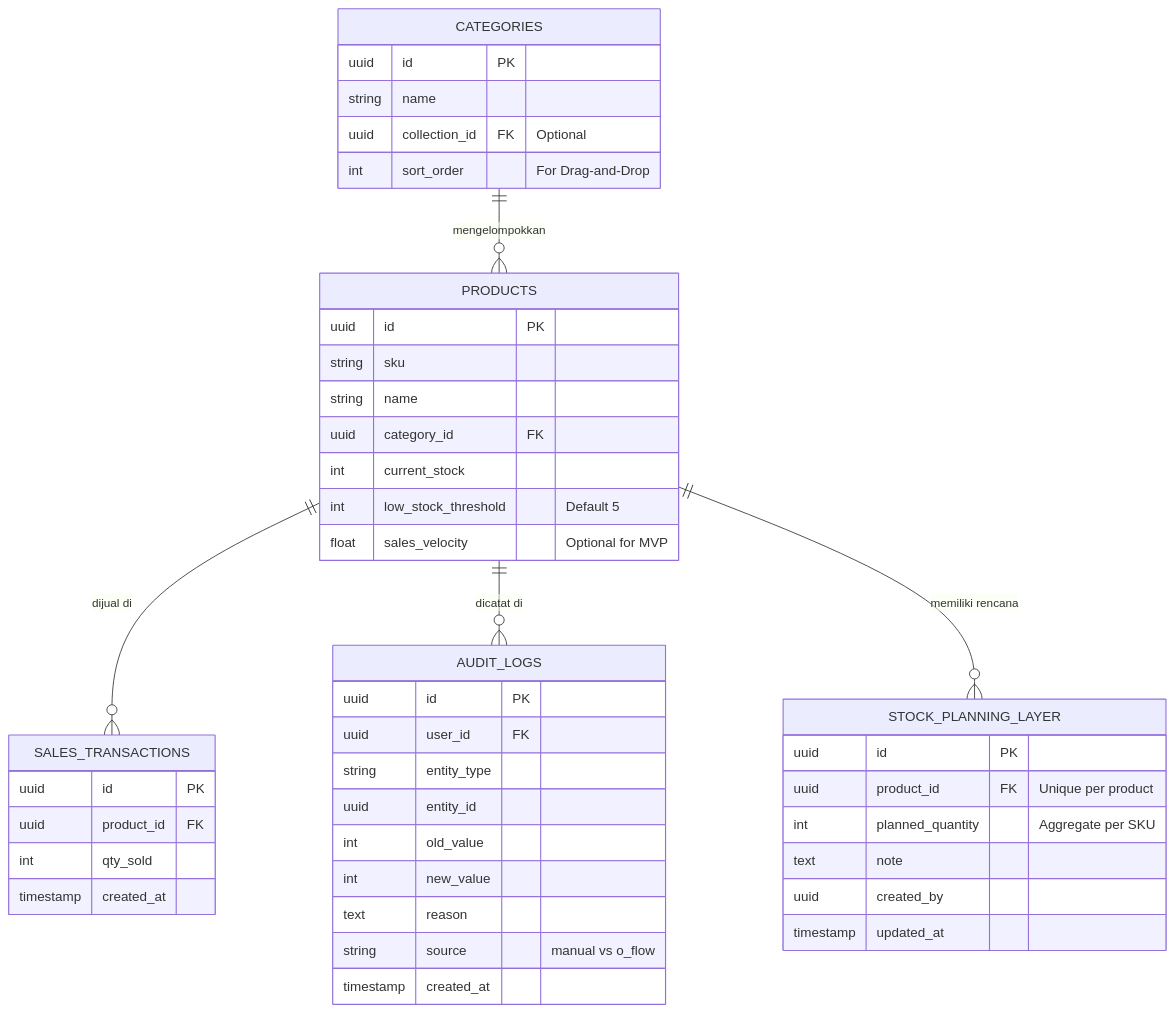
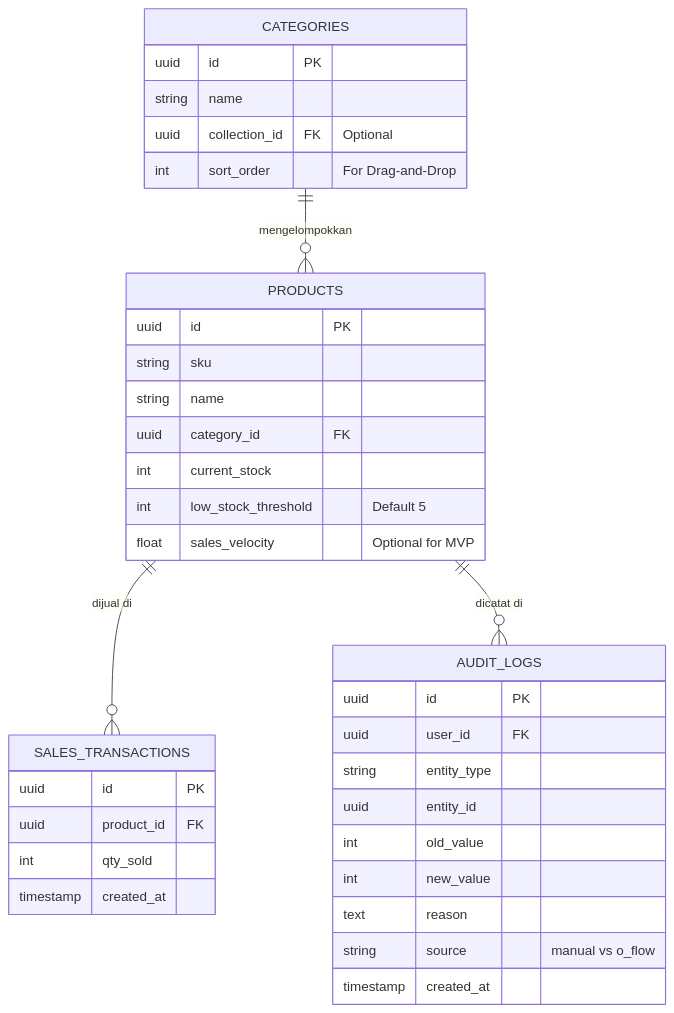
One commit to hizkiandun17/master-stock-frontend changed the second of 2 diagrams in prdMASTERDATA.md. Above: the diagram before and after it, drawn with Mermaid. The commit also changed other lines of this file and 18 other files, not shown here.

````diff
--- a/prdMASTERDATA.md
+++ b/prdMASTERDATA.md
@@ -331,52 +244,42 @@
 ```mermaid
 erDiagram
     PRODUCTS {
         uuid id PK
         string sku
         string name
         uuid category_id FK
         int current_stock
         int low_stock_threshold "Default 5"
         float sales_velocity "Optional for MVP"
     }
 
     CATEGORIES {
         uuid id PK
         string name
         uuid collection_id FK "Optional"
         int sort_order "For Drag-and-Drop"
     }
 
     SALES_TRANSACTIONS {
         uuid id PK
         uuid product_id FK
         int qty_sold
         timestamp created_at
     }
 
     AUDIT_LOGS {
         uuid id PK
         uuid user_id FK
         string entity_type
         uuid entity_id
         int old_value
         int new_value
         text reason
         string source "manual vs o_flow"
         timestamp created_at
     }
 
-    STOCK_PLANNING_LAYER {
-        uuid id PK
-        uuid product_id FK "Unique per product"
-        int planned_quantity "Aggregate per SKU"
-        text note
-        uuid created_by
-        timestamp updated_at
-    }
-
     CATEGORIES ||--o{ PRODUCTS : "mengelompokkan"
     PRODUCTS ||--o{ SALES_TRANSACTIONS : "dijual di"
     PRODUCTS ||--o{ AUDIT_LOGS : "dicatat di"
-    PRODUCTS ||--o{ STOCK_PLANNING_LAYER : "memiliki rencana"
 ```
````
